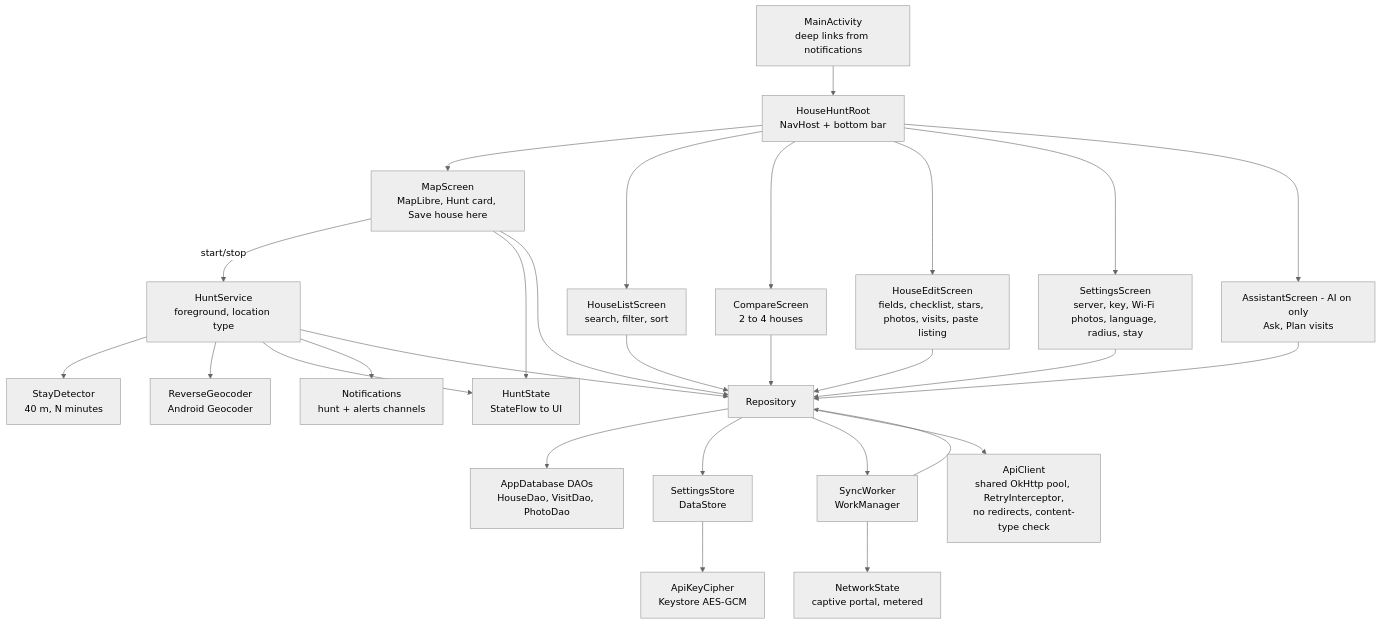
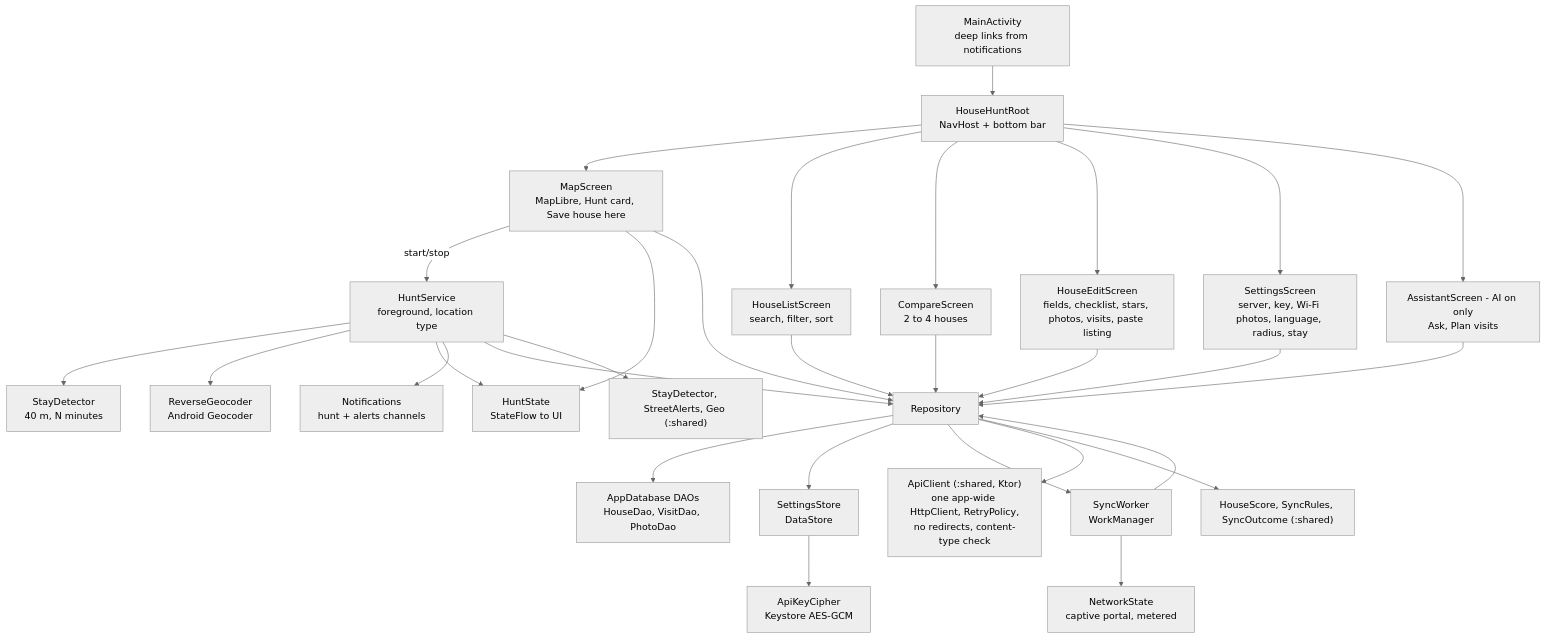
The fourth of 16 diagrams in docs/03-design.md (Sriram-Codes-SW/doorprints), drawn with Mermaid (neutral theme) before and after one commit. The commit also changed other lines of this file and 14 other files, not shown here.

````diff
--- a/docs/03-design.md
+++ b/docs/03-design.md
@@ -148,30 +149,32 @@
 ```mermaid
 flowchart TB
     ma["MainActivity<br/>deep links from notifications"] --> root["HouseHuntRoot<br/>NavHost + bottom bar"]
     root --> map["MapScreen<br/>MapLibre, Hunt card, Save house here"]
     root --> list["HouseListScreen<br/>search, filter, sort"]
     root --> cmp["CompareScreen<br/>2 to 4 houses"]
     root --> edit["HouseEditScreen<br/>fields, checklist, stars, photos, visits, paste listing"]
     root --> set["SettingsScreen<br/>server, key, Wi-Fi photos, language, radius, stay"]
     root --> asst["AssistantScreen - AI on only<br/>Ask, Plan visits"]
     asst --> repo
     map -->|"start/stop"| hunt["HuntService<br/>foreground, location type"]
     hunt --> sd["StayDetector<br/>40 m, N minutes"]
     hunt --> rg["ReverseGeocoder<br/>Android Geocoder"]
     hunt --> hs["HuntState<br/>StateFlow to UI"]
     hunt --> nt["Notifications<br/>hunt + alerts channels"]
     map --> hs
     map --> repo
     list --> repo
     cmp --> repo
     edit --> repo
     set --> repo
     hunt --> repo["Repository"]
     repo --> dao["AppDatabase DAOs<br/>HouseDao, VisitDao, PhotoDao"]
     repo --> st["SettingsStore<br/>DataStore"]
     repo --> sw["SyncWorker<br/>WorkManager"]
     sw --> repo
-    repo --> api["ApiClient<br/>shared OkHttp pool, RetryInterceptor,<br/>no redirects, content-type check"]
+    repo --> api["ApiClient (:shared, Ktor)<br/>one app-wide HttpClient, RetryPolicy,<br/>no redirects, content-type check"]
+    hunt --> shl["StayDetector, StreetAlerts, Geo (:shared)"]
+    repo --> shm["HouseScore, SyncRules, SyncOutcome (:shared)"]
     sw --> net["NetworkState<br/>captive portal, metered"]
     st --> kc["ApiKeyCipher<br/>Keystore AES-GCM"]
 ```
````
